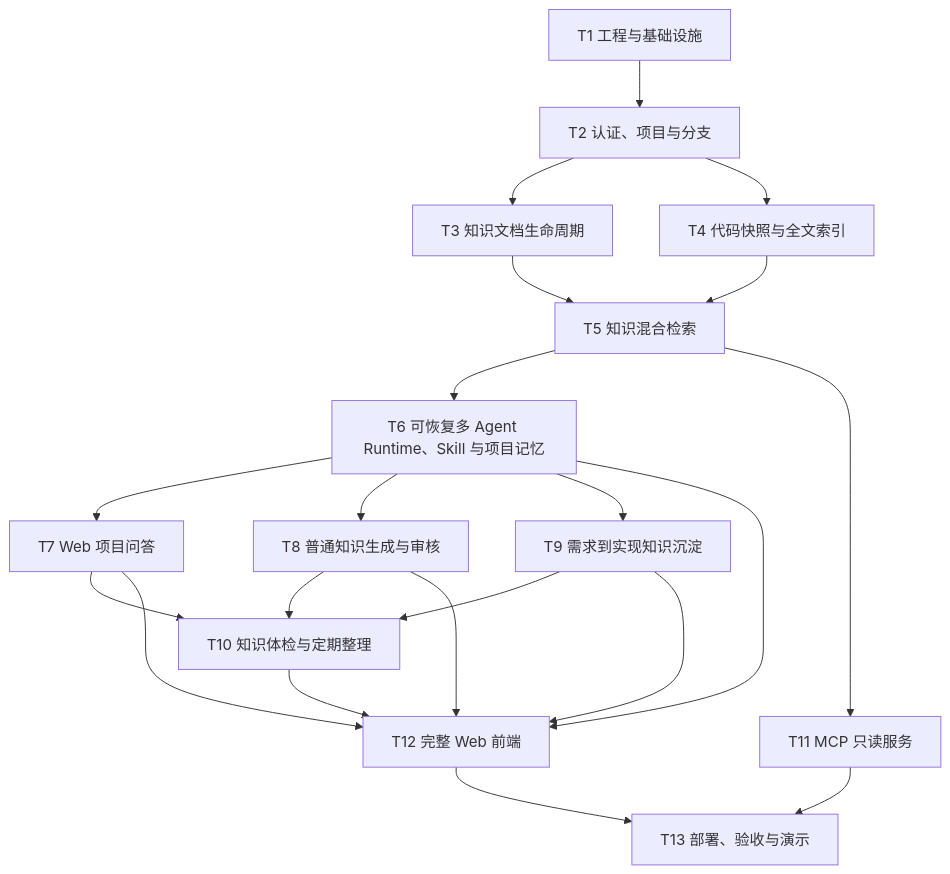
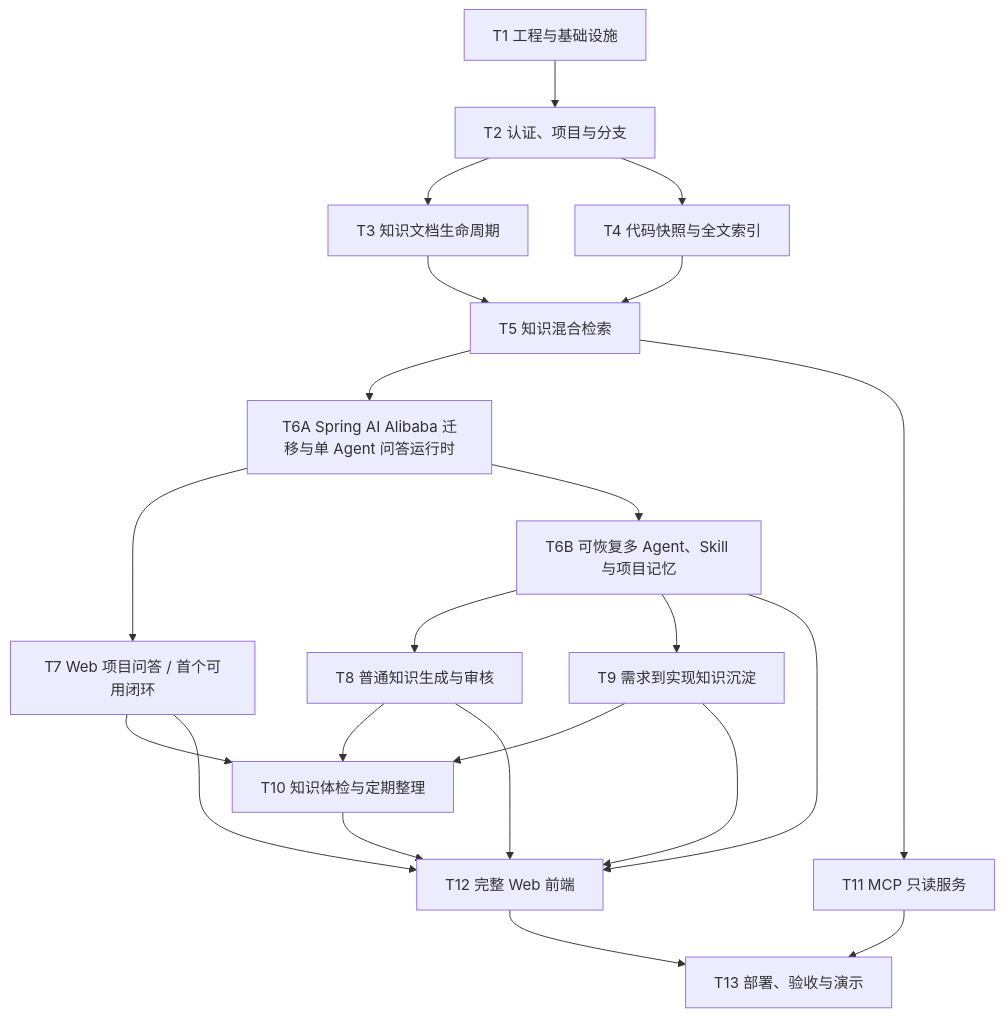
The diagram in docs/product/LoreDock_MVP功能开发计划.md (dztyykxx/LoreDock), drawn with Mermaid before and after one commit. The commit also changed other lines of this file, not shown here.

````diff
--- a/docs/product/LoreDock_MVP功能开发计划.md
+++ b/docs/product/LoreDock_MVP功能开发计划.md
@@ -25,23 +31,24 @@
 ```mermaid
 flowchart TD
     T1["T1 工程与基础设施"] --> T2["T2 认证、项目与分支"]
     T2 --> T3["T3 知识文档生命周期"]
     T2 --> T4["T4 代码快照与全文索引"]
     T3 --> T5["T5 知识混合检索"]
     T4 --> T5
-    T5 --> T6["T6 可恢复多 Agent Runtime、Skill 与项目记忆"]
-    T6 --> T7["T7 Web 项目问答"]
-    T6 --> T8["T8 普通知识生成与审核"]
-    T6 --> T9["T9 需求到实现知识沉淀"]
+    T5 --> T6A["T6A Spring AI Alibaba 迁移与单 Agent 问答运行时"]
+    T6A --> T7["T7 Web 项目问答 / 首个可用闭环"]
+    T6A --> T6B["T6B 可恢复多 Agent、Skill 与项目记忆"]
+    T6B --> T8["T8 普通知识生成与审核"]
+    T6B --> T9["T9 需求到实现知识沉淀"]
     T7 --> T10["T10 知识体检与定期整理"]
     T8 --> T10
     T9 --> T10
     T5 --> T11["T11 MCP 只读服务"]
     T7 --> T12["T12 完整 Web 前端"]
     T8 --> T12
     T9 --> T12
     T10 --> T12
-    T6 --> T12
+    T6B --> T12
     T11 --> T13["T13 部署、验收与演示"]
     T12 --> T13
 ```
````
